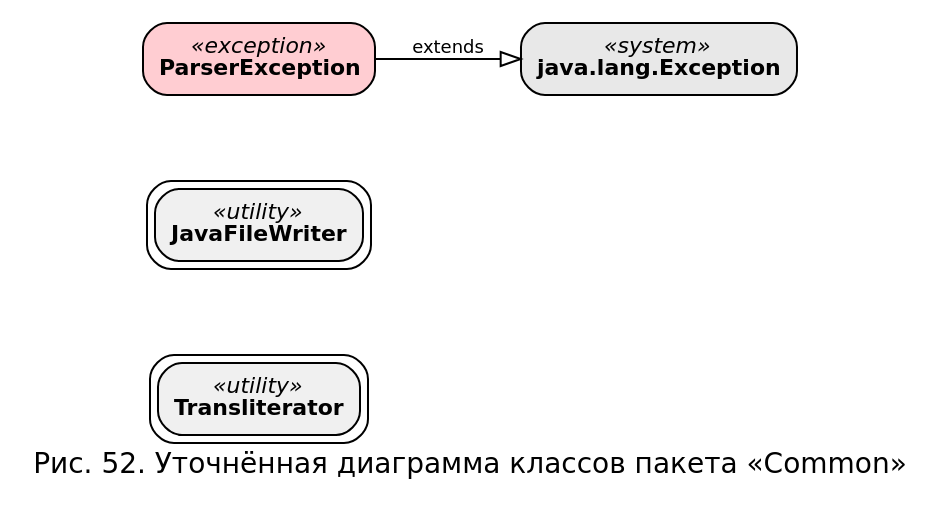
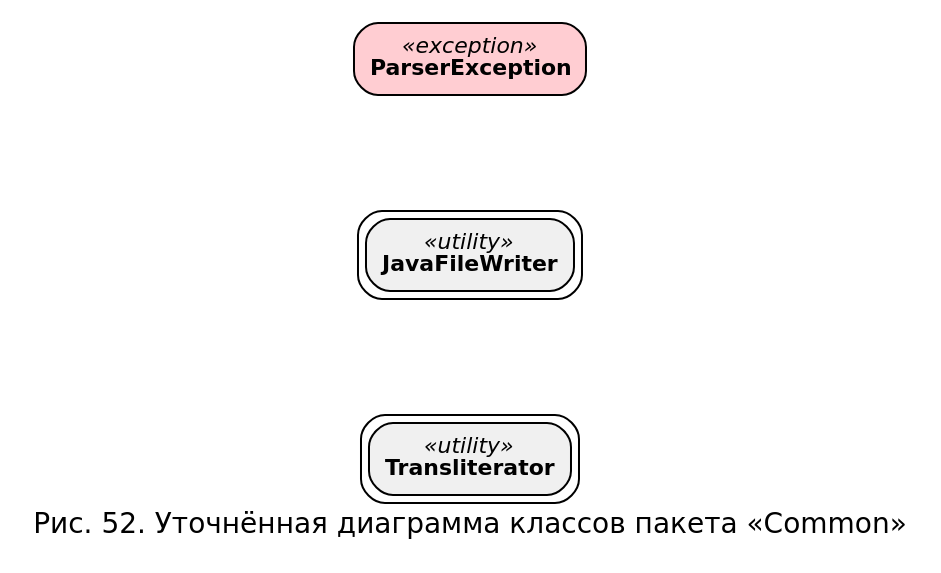
Before and after one commit to nastolbov/AutoTestGeneratorUpdate: the diagram in diagrams/cls_common_refined.dot, drawn with Graphviz. The commit also changed 6 other files, not shown here.

First line of the commit message:
diagrams + MD: только 3 типа связей + актуализация data на 5 классов

```diff
--- a/diagrams/cls_common_refined.dot
+++ b/diagrams/cls_common_refined.dot
@@ -1,20 +1,17 @@
 digraph ClsCommonRefined {
     rankdir=LR;
     fontname="DejaVu Sans";
     label="Рис. 52. Уточнённая диаграмма классов пакета «Common»";
     labelloc="b";
     fontsize=14;
-    nodesep=0.6;
+    nodesep=0.8;
 
     node [fontname="DejaVu Sans", fontsize=11, shape=box, style="rounded,filled"];
-    edge [fontname="DejaVu Sans", fontsize=10];
 
     Transliterator  [fillcolor="#F0F0F0", peripheries=2, label=<<I>«utility»</I><BR/><B>Transliterator</B>>];
     JavaFileWriter  [fillcolor="#F0F0F0", peripheries=2, label=<<I>«utility»</I><BR/><B>JavaFileWriter</B>>];
     ParserException [fillcolor="#FFCDD2", label=<<I>«exception»</I><BR/><B>ParserException</B>>];
 
-    JavaException [fillcolor="#E8E8E8", label=<<I>«system»</I><BR/><B>java.lang.Exception</B>>];
-
-    // Обобщение ▷
-    ParserException -> JavaException [arrowhead=empty, label="extends", fontsize=9];
+    // Классы пакета между собой не связаны — это листовой пакет утилит.
+    // Связей нет (используются извне другими пакетами).
 }
```
